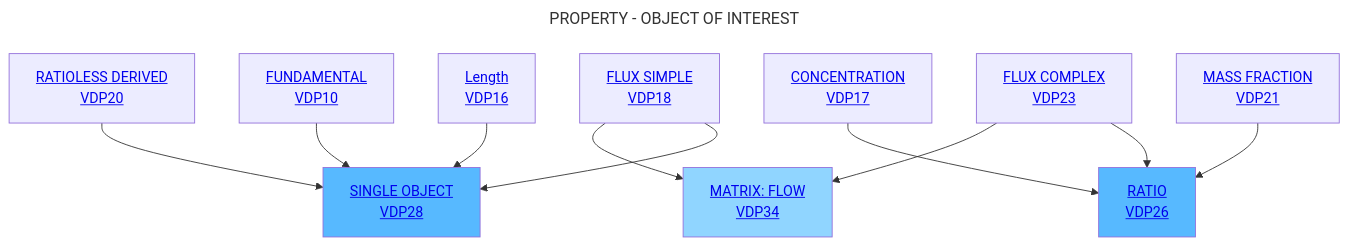
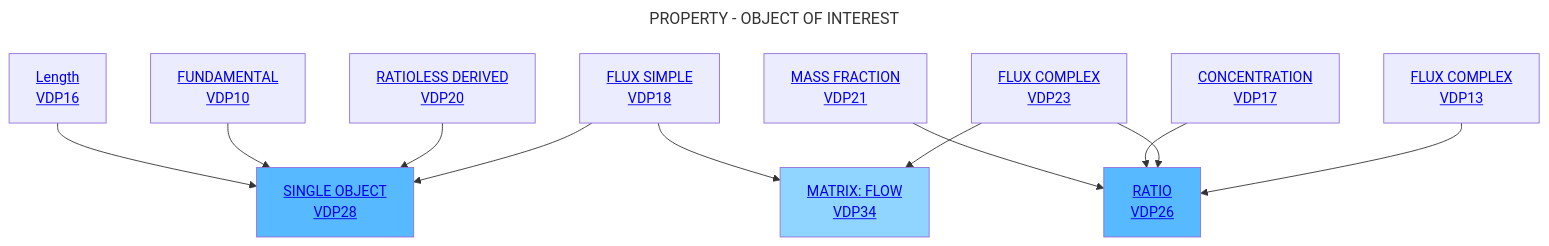
One commit to mabablue/I-ADOPT-patterns-playground changed the diagram in Decisition_trees/DT6.mmd. Above: the diagram before and after it, drawn with Mermaid.

```diff
--- a/Decisition_trees/DT6.mmd
+++ b/Decisition_trees/DT6.mmd
@@ -1,16 +1,17 @@
 ---
 title: PROPERTY - OBJECT OF INTEREST
 ---
 flowchart TD
     A[<a href='https://github.com/mabablue/I-ADOPT-patterns-playground/blob/main/pattern/VDP16.yaml'>Length <br> VDP16</a>] --> C[<a href='https://github.com/mabablue/I-ADOPT-patterns-playground/blob/main/pattern/VDP28.yaml'>SINGLE OBJECT <br> VDP28</a>]:::satblue
     B[<a href='https://github.com/mabablue/I-ADOPT-patterns-playground/blob/main/pattern/VDP10.yaml'>FUNDAMENTAL <br> VDP10</a>]  --> C
     D[<a href='https://github.com/mabablue/I-ADOPT-patterns-playground/blob/main/pattern/VDP20.yaml'>RATIOLESS DERIVED <br> VDP20</a>] --> C
     L[<a href='https://github.com/mabablue/I-ADOPT-patterns-playground/blob/main/pattern/VDP21.yaml'>MASS FRACTION <br> VDP21</a>] --> F[<a href='https://github.com/mabablue/I-ADOPT-patterns-playground/blob/main/pattern/VDP26.yaml'>RATIO <br> VDP26</a>]:::satblue
     M[<a href='https://github.com/mabablue/I-ADOPT-patterns-playground/blob/main/pattern/VDP17.yaml'>CONCENTRATION <br> VDP17</a>] --> F
     H[<a href='https://github.com/mabablue/I-ADOPT-patterns-playground/blob/main/pattern/VDP18.yaml'>FLUX SIMPLE <br> VDP18</a>] --> C
     I[<a href='https://github.com/mabablue/I-ADOPT-patterns-playground/blob/main/pattern/VDP23.yaml'>FLUX COMPLEX <br> VDP23</a>] --> F
+    N[<a href='https://github.com/mabablue/I-ADOPT-patterns-playground/blob/main/pattern/VDP23.yaml'>FLUX COMPLEX <br> VDP13</a>] --> F
     H --> K[<a href='https://github.com/mabablue/I-ADOPT-patterns-playground/blob/main/pattern/VDP34.yaml'>MATRIX: FLOW <br> VDP34</a>]:::blue
     I --> K
 
    classDef blue fill:#90D5FF
    classDef satblue fill:#57B9FF
```
